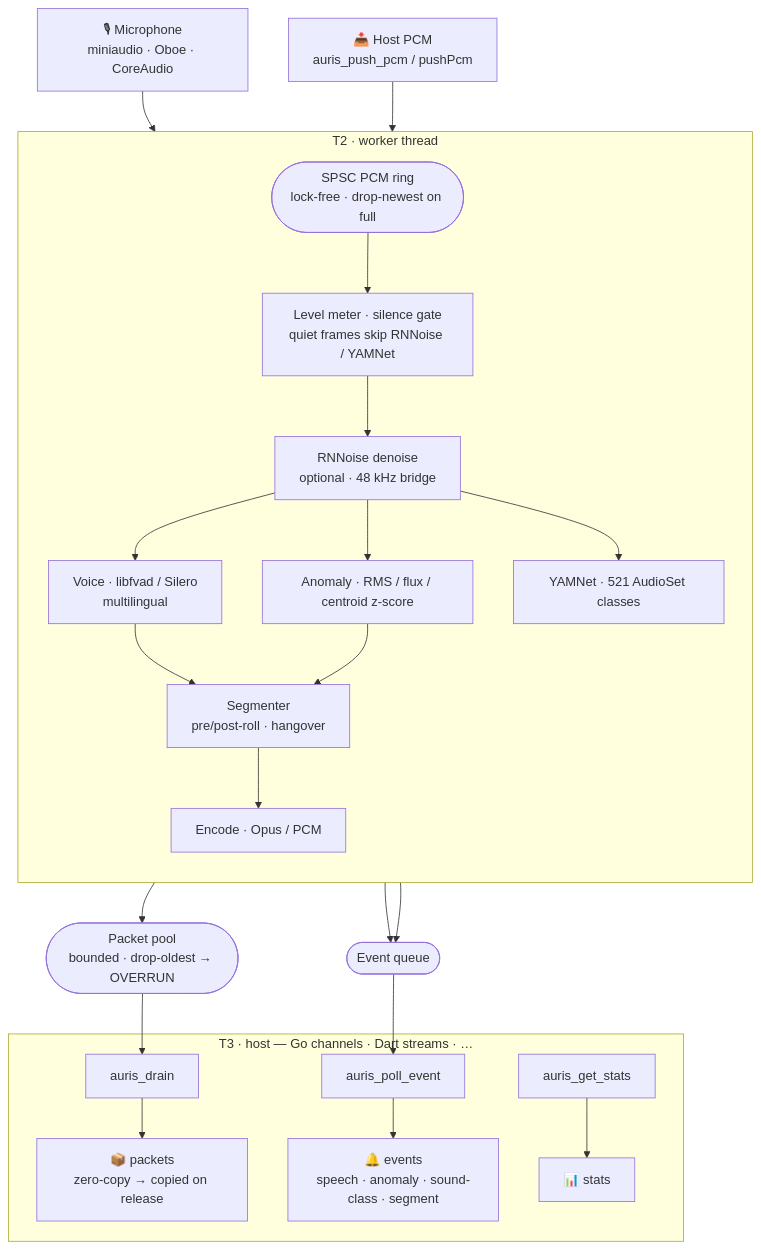
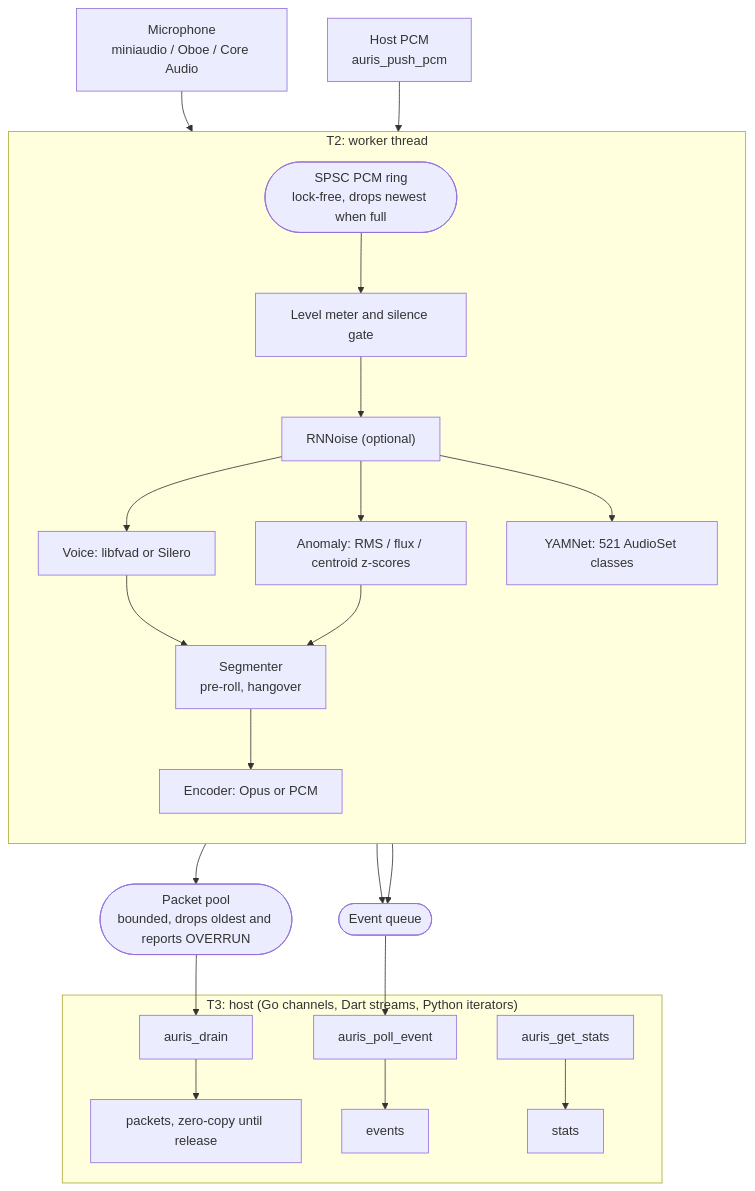
One commit to Crdzbird/MockingBird changed the diagram in README.md. Above: the diagram before and after it, drawn with Mermaid. The commit also changed other lines of this file, not shown here.

````diff
--- a/README.md
+++ b/README.md
@@ -64,31 +311,31 @@
 ```mermaid
 flowchart TB
-    MIC["🎙 Microphone<br/>miniaudio · Oboe · CoreAudio"] --> RING
-    HOST["📥 Host PCM<br/>auris_push_pcm / pushPcm"] --> RING
-    RING(["SPSC PCM ring<br/>lock-free · drop-newest on full"])
+    MIC["Microphone<br/>miniaudio / Oboe / Core Audio"] --> RING
+    HOST["Host PCM<br/>auris_push_pcm"] --> RING
+    RING(["SPSC PCM ring<br/>lock-free, drops newest when full"])
 
-    subgraph WORKER["T2 · worker thread"]
+    subgraph WORKER["T2: worker thread"]
         direction TB
-        RING --> LVL["Level meter · silence gate<br/>quiet frames skip RNNoise / YAMNet"]
-        LVL --> RN["RNNoise denoise<br/>optional · 48 kHz bridge"]
-        RN --> VAD["Voice · libfvad / Silero<br/>multilingual"]
-        RN --> ANO["Anomaly · RMS / flux / centroid z-score"]
-        RN --> YAM["YAMNet · 521 AudioSet classes"]
-        VAD --> SEG["Segmenter<br/>pre/post-roll · hangover"]
+        RING --> LVL["Level meter and silence gate"]
+        LVL --> RN["RNNoise (optional)"]
+        RN --> VAD["Voice: libfvad or Silero"]
+        RN --> ANO["Anomaly: RMS / flux / centroid z-scores"]
+        RN --> YAM["YAMNet: 521 AudioSet classes"]
+        VAD --> SEG["Segmenter<br/>pre-roll, hangover"]
         ANO --> SEG
-        SEG --> ENC["Encode · Opus / PCM"]
+        SEG --> ENC["Encoder: Opus or PCM"]
     end
 
-    ENC --> POOL(["Packet pool<br/>bounded · drop-oldest → OVERRUN"])
+    ENC --> POOL(["Packet pool<br/>bounded, drops oldest and reports OVERRUN"])
     SEG --> EVQ(["Event queue"])
     YAM --> EVQ
 
     POOL --> DRAIN["auris_drain"]
     EVQ --> POLL["auris_poll_event"]
 
-    subgraph HOSTAPP["T3 · host — Go channels · Dart streams · …"]
-        DRAIN --> PKT["📦 packets<br/>zero-copy → copied on release"]
-        POLL --> EV["🔔 events<br/>speech · anomaly · sound-class · segment"]
-        STATS["auris_get_stats"] --> ST["📊 stats"]
+    subgraph HOSTAPP["T3: host (Go channels, Dart streams, Python iterators)"]
+        DRAIN --> PKT["packets, zero-copy until release"]
+        POLL --> EV["events"]
+        STATS["auris_get_stats"] --> ST["stats"]
     end
 ```
````
